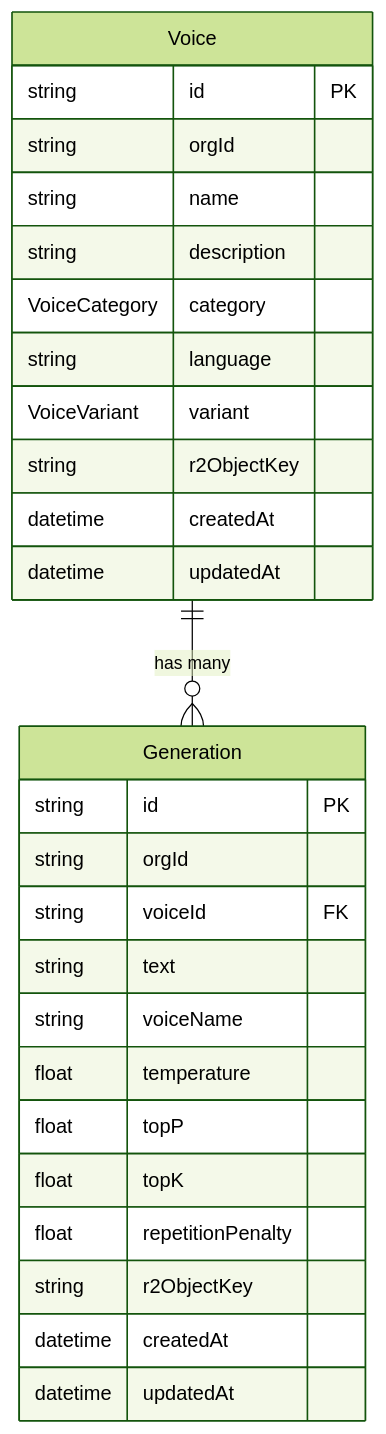
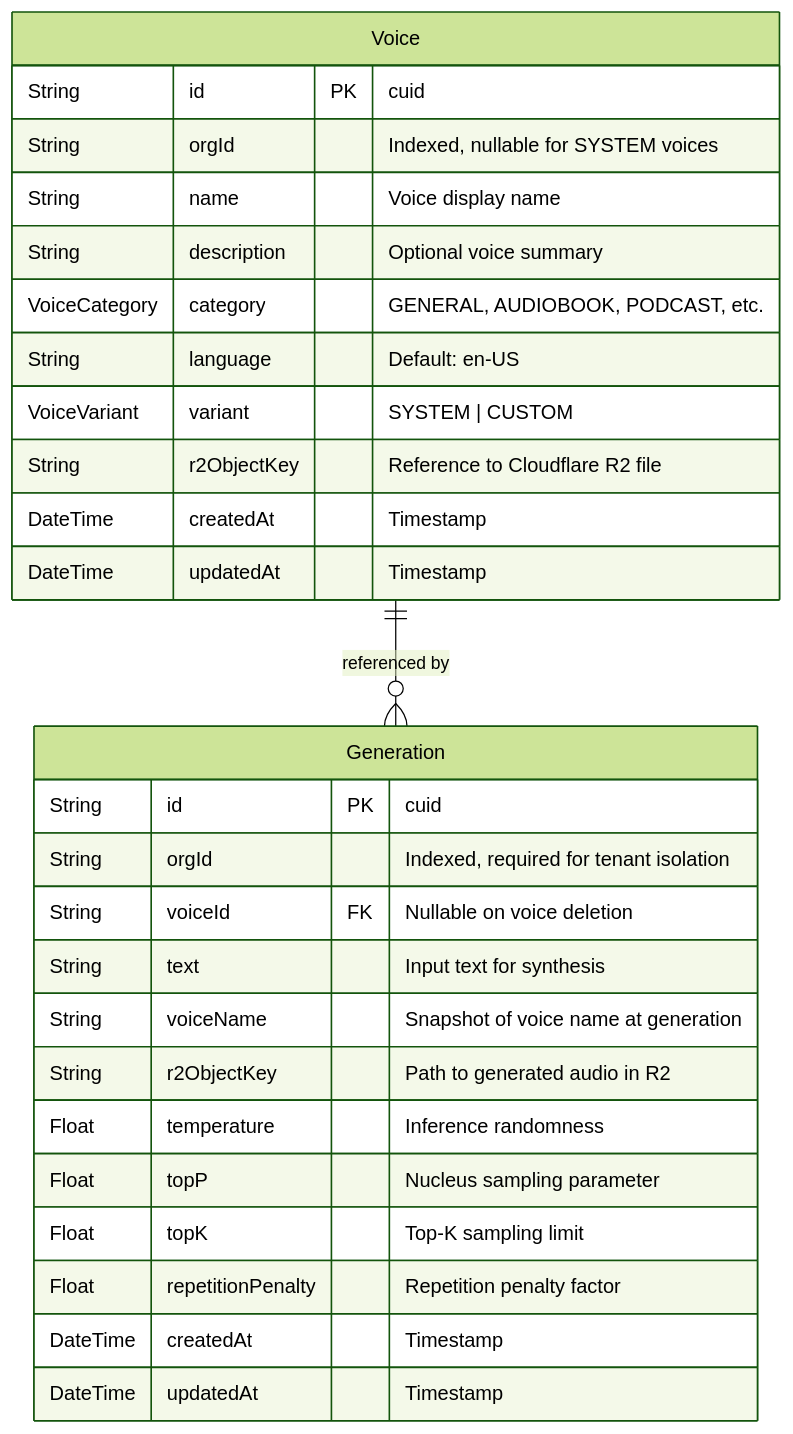
One commit to Lostovayne/Complete-ElevenLabs-Clone changed the third of 3 diagrams in README.md. Above: the diagram before and after it, drawn with Mermaid (forest theme). The commit also changed other lines of this file, not shown here.

Commit message:
docs: update README with architecture, showcase, and setup guide

````diff
--- a/README.md
+++ b/README.md
@@ -195,30 +151,32 @@
 ```mermaid
 erDiagram
-    Voice ||--o{ Generation : "has many"
+    Voice ||--o{ Generation : "referenced by"
+
     Voice {
-        string id PK
-        string orgId
-        string name
-        string description
-        VoiceCategory category
-        string language
-        VoiceVariant variant
-        string r2ObjectKey
-        datetime createdAt
-        datetime updatedAt
+        String id PK "cuid"
+        String orgId "Indexed, nullable for SYSTEM voices"
+        String name "Voice display name"
+        String description "Optional voice summary"
+        VoiceCategory category "GENERAL, AUDIOBOOK, PODCAST, etc."
+        String language "Default: en-US"
+        VoiceVariant variant "SYSTEM | CUSTOM"
+        String r2ObjectKey "Reference to Cloudflare R2 file"
+        DateTime createdAt "Timestamp"
+        DateTime updatedAt "Timestamp"
     }
+
     Generation {
-        string id PK
-        string orgId
-        string voiceId FK
-        string text
-        string voiceName
-        float temperature
-        float topP
-        float topK
-        float repetitionPenalty
-        string r2ObjectKey
-        datetime createdAt
-        datetime updatedAt
+        String id PK "cuid"
+        String orgId "Indexed, required for tenant isolation"
+        String voiceId FK "Nullable on voice deletion"
+        String text "Input text for synthesis"
+        String voiceName "Snapshot of voice name at generation"
+        String r2ObjectKey "Path to generated audio in R2"
+        Float temperature "Inference randomness"
+        Float topP "Nucleus sampling parameter"
+        Float topK "Top-K sampling limit"
+        Float repetitionPenalty "Repetition penalty factor"
+        DateTime createdAt "Timestamp"
+        DateTime updatedAt "Timestamp"
     }
 ```
````
